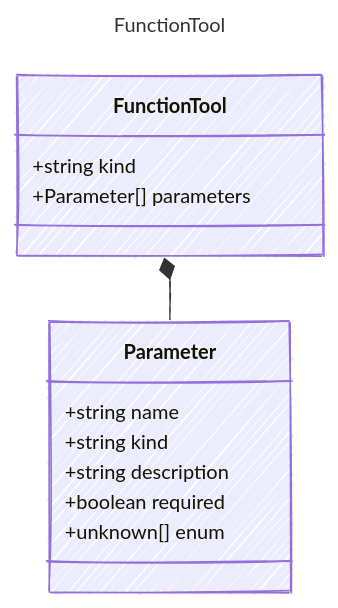
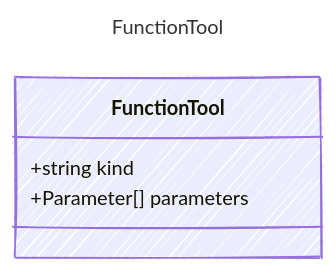
The diagram in specification/prompty/docs/FunctionTool.md (microsoft/prompty), drawn with Mermaid before and after one commit. The commit also changed other lines of this file and 21 other files, not shown here.

````diff
--- a/specification/prompty/docs/FunctionTool.md
+++ b/specification/prompty/docs/FunctionTool.md
@@ -7,24 +7,16 @@
 ```mermaid
 ---
 title: FunctionTool
 config:
   look: handDrawn
   theme: colorful
   class:
     hideEmptyMembersBox: true
 ---
 classDiagram
     class FunctionTool {
       
         +string kind
         +Parameter[] parameters
     }
-    class Parameter {
-        +string name
-        +string kind
-        +string description
-        +boolean required
-        +unknown[] enum
-    }
-    FunctionTool *-- Parameter
 ```
````
